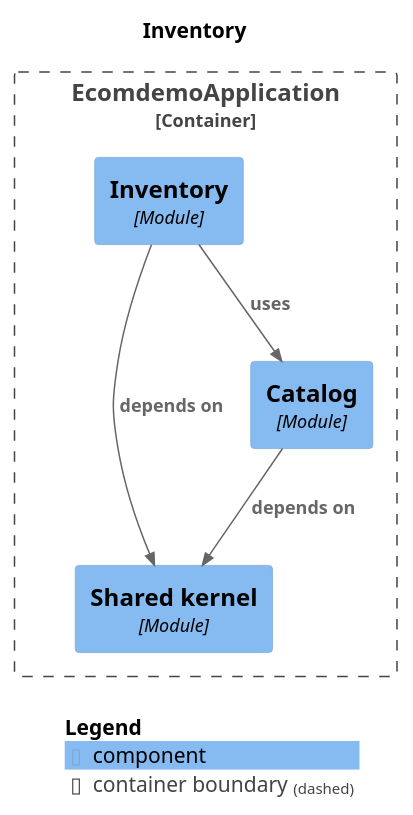
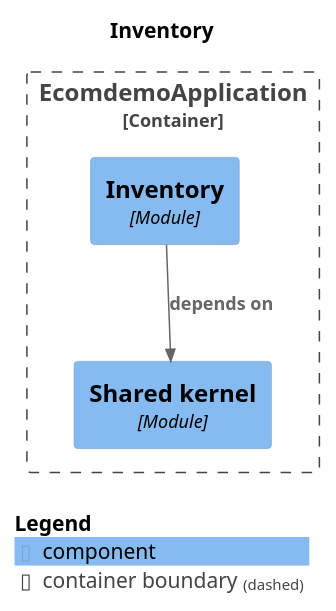
The diagram in docs/modules/module-inventory.puml (mr-sujay-patil/ecomdemo), drawn with PlantUML before and after one commit. The commit also changed 36 other files, not shown here.

```diff
--- a/docs/modules/module-inventory.puml
+++ b/docs/modules/module-inventory.puml
@@ -1,22 +1,19 @@
 @startuml
 set separator none
 title Inventory
 
 top to bottom direction
 
 !include <C4/C4>
 !include <C4/C4_Context>
 !include <C4/C4_Component>
 
 Container_Boundary("EcomdemoApplication.EcomdemoApplication_boundary", "EcomdemoApplication", $tags="") {
+  Component(EcomdemoApplication.EcomdemoApplication.Sharedkernel, "Shared kernel", $techn="Module", $descr="", $tags="", $link="")
   Component(EcomdemoApplication.EcomdemoApplication.Inventory, "Inventory", $techn="Module", $descr="", $tags="", $link="")
-  Component(EcomdemoApplication.EcomdemoApplication.Sharedkernel, "Shared kernel", $techn="Module", $descr="", $tags="", $link="")
-  Component(EcomdemoApplication.EcomdemoApplication.Catalog, "Catalog", $techn="Module", $descr="", $tags="", $link="")
 }
 
-Rel(EcomdemoApplication.EcomdemoApplication.Catalog, EcomdemoApplication.EcomdemoApplication.Sharedkernel, "depends on", $techn="", $tags="", $link="")
-Rel(EcomdemoApplication.EcomdemoApplication.Inventory, EcomdemoApplication.EcomdemoApplication.Catalog, "uses", $techn="", $tags="", $link="")
 Rel(EcomdemoApplication.EcomdemoApplication.Inventory, EcomdemoApplication.EcomdemoApplication.Sharedkernel, "depends on", $techn="", $tags="", $link="")
 
 SHOW_LEGEND(true)
 @enduml
```
